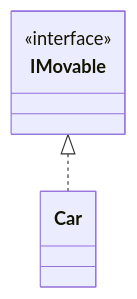
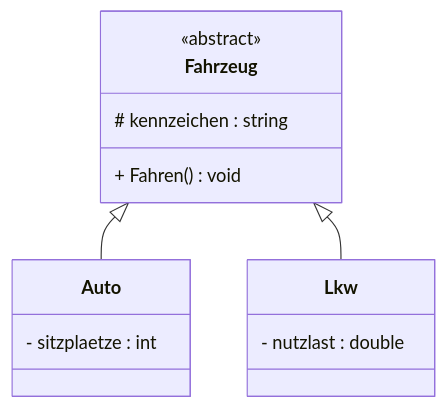
Before and after one commit to HTL-Wolfsberg-Betriebsinformatik/skript: the eighth of 12 diagrams in slides/content/slides/SWP/PR/18_uml-class-diagram.md, drawn with Mermaid. The commit also changed other lines of this file, not shown here.

Commit message:
updated: uml class diagram

````diff
--- a/slides/content/slides/SWP/PR/18_uml-class-diagram.md
+++ b/slides/content/slides/SWP/PR/18_uml-class-diagram.md
@@ -194,11 +423,16 @@
-```mermaid
+```mermaid {scale: 0.85}
 classDiagram
-    class IMovable {
-        <<interface>>
-    }
-
-    class Car {
-    }
-
-    IMovable <|.. Car
+  class Fahrzeug {
+    <<abstract>>
+    # kennzeichen : string
+    + Fahren() void
+  }
+  class Auto {
+    - sitzplaetze : int
+  }
+  class Lkw {
+    - nutzlast : double
+  }
+  Fahrzeug <|-- Auto
+  Fahrzeug <|-- Lkw
 ```
````
